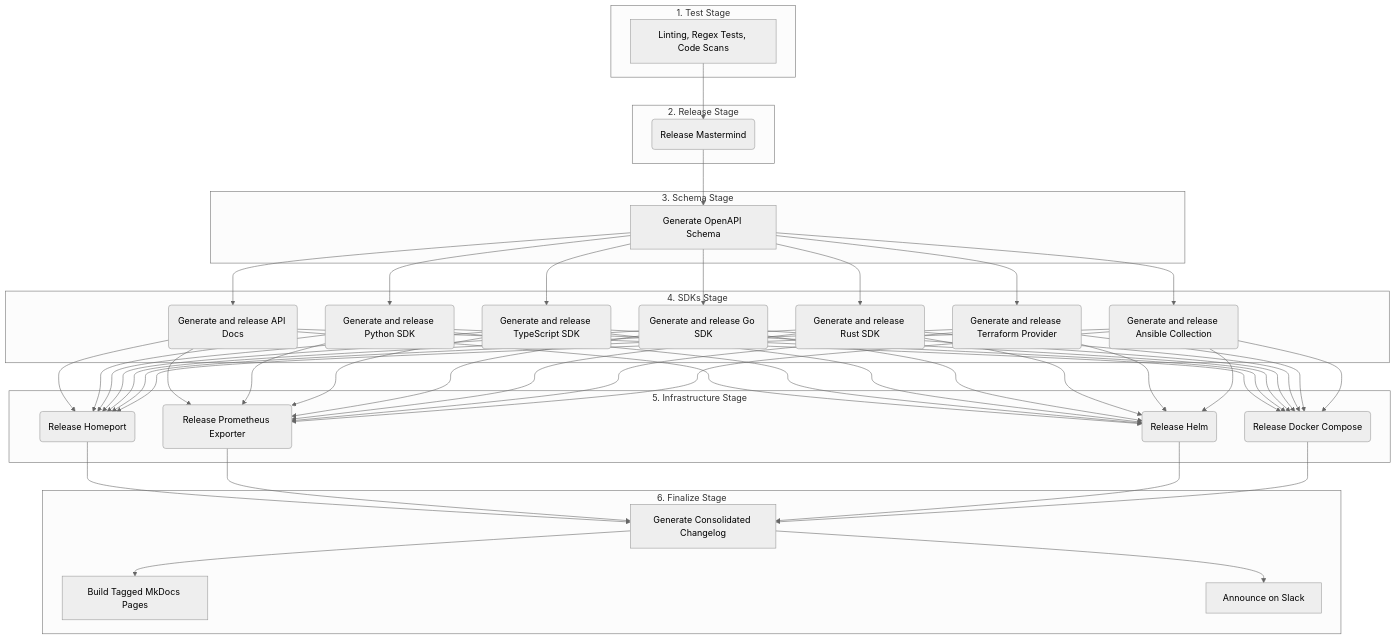
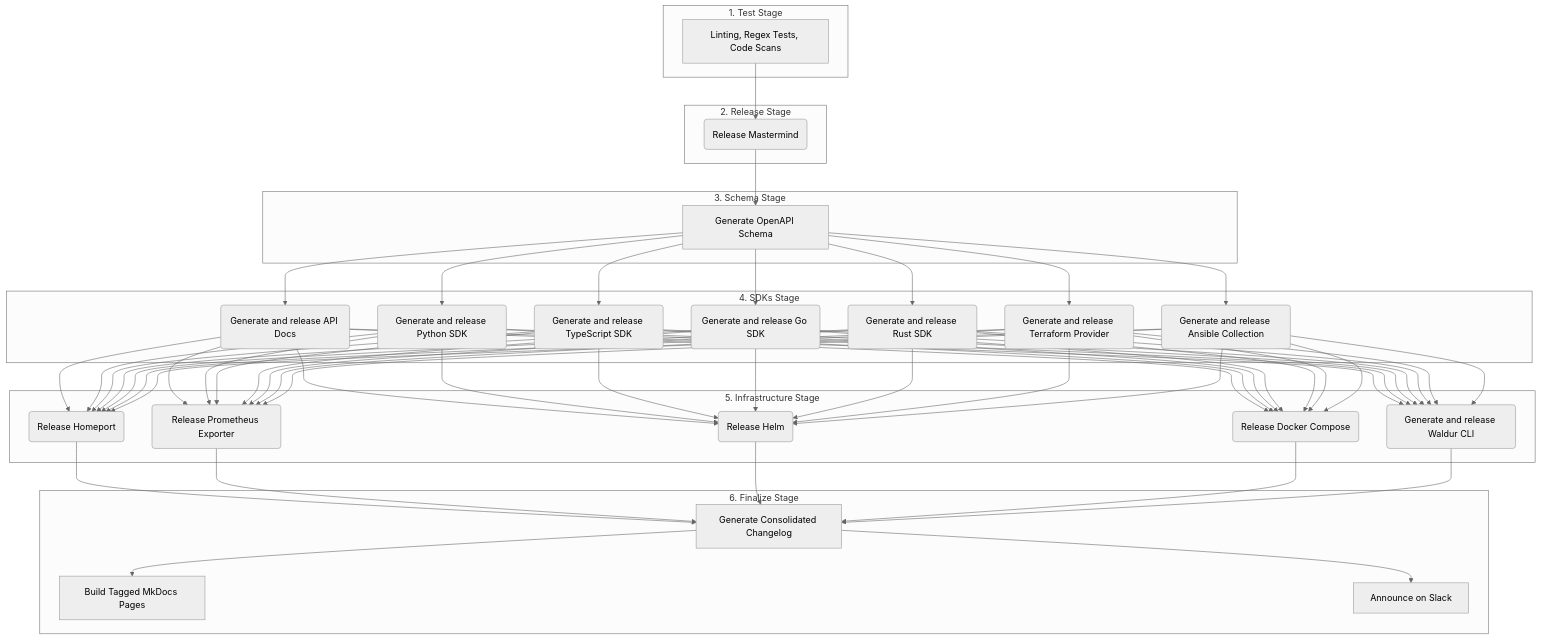
Before and after one commit to waldur/waldur-docs: the diagram in docs/developer-guide/release-orchestration.md, drawn with Mermaid (neutral theme). The commit also changed other lines of this file and 1 other file, not shown here.

Commit message:
ci: trigger Waldur CLI generation as a second-layer SDK consumer
Add Generate and release Waldur CLI, triggering waldur/waldur-cli-generator
from the infrastructure stage (not sdks) -- it needs rs-client's already-
published output, not the OpenAPI schema directly, so it's gated like
Homeport/Prometheus-exporter rather than the first-layer SDK jobs.

Also document it in release-orchestration.md: added to the coordinated-
repositories list and the pipeline diagram's infrastructure stage.

````diff
--- a/docs/developer-guide/release-orchestration.md
+++ b/docs/developer-guide/release-orchestration.md
@@ -71,45 +76,46 @@
 ```mermaid
 graph TD
     subgraph 1. Test Stage
         T[Linting, Regex Tests, Code Scans]
     end
 
     subgraph 2. Release Stage
         C1(Release Mastermind)
     end
 
     subgraph 3. Schema Stage
         O[Generate OpenAPI Schema]
     end
 
     subgraph 4. SDKs Stage
         S1(Generate and release API Docs)
         S2(Generate and release Python SDK)
         S3(Generate and release TypeScript SDK)
         S4(Generate and release Go SDK)
         S5(Generate and release Rust SDK)
         S6(Generate and release Terraform Provider)
         S7(Generate and release Ansible Collection)
     end
 
     subgraph 5. Infrastructure Stage
         D1(Release Homeport)
         D2(Release Prometheus Exporter)
         D3(Release Helm)
         D4(Release Docker Compose)
+        D5(Generate and release Waldur CLI)
     end
 
     subgraph 6. Finalize Stage
         CH[Generate Consolidated Changelog]
         MK[Build Tagged MkDocs Pages]
         SL[Announce on Slack]
     end
 
     T --> C1
     C1 --> O
     O --> S1 & S2 & S3 & S4 & S5 & S6 & S7
-    S1 & S2 & S3 & S4 & S5 & S6 & S7 --> D1 & D2 & D3 & D4
-    D1 & D2 & D3 & D4 --> CH
+    S1 & S2 & S3 & S4 & S5 & S6 & S7 --> D1 & D2 & D3 & D4 & D5
+    D1 & D2 & D3 & D4 & D5 --> CH
     CH --> MK
     CH --> SL
 ```
````
